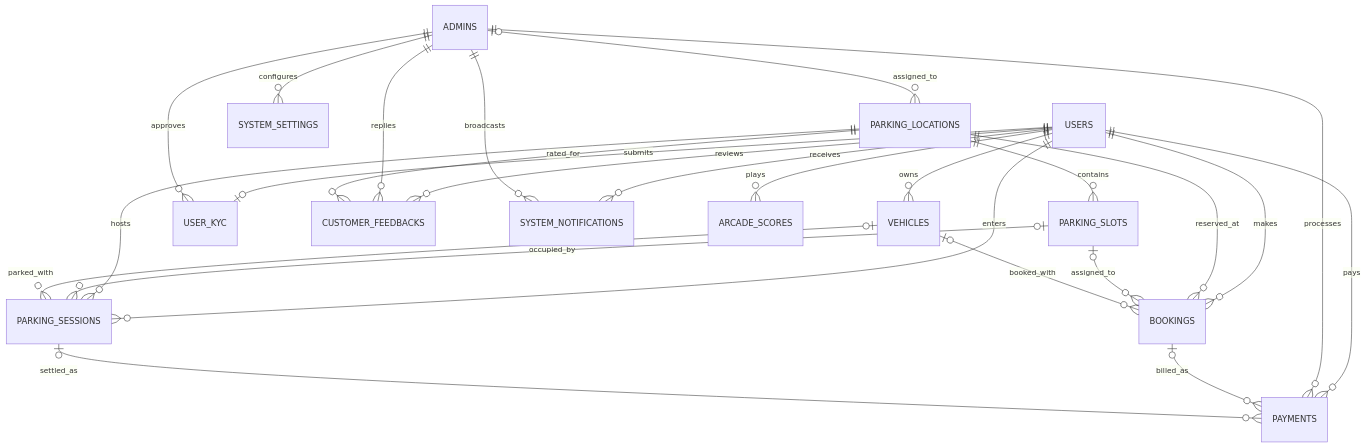
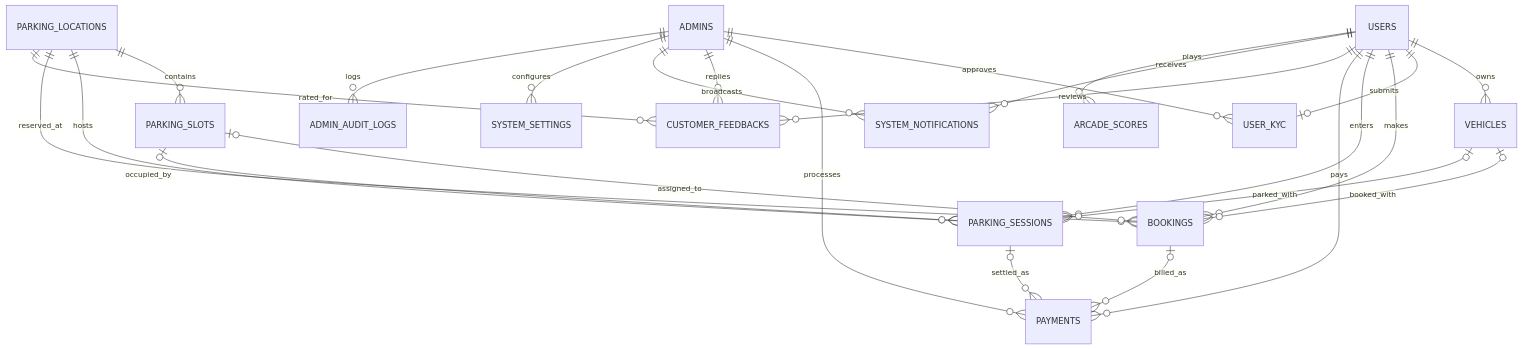
The diagram in RAT.md (nanditosetyawan/ParkSmart), drawn with Mermaid before and after one commit. The commit also changed other lines of this file and 4 other files, not shown here.

````diff
--- a/RAT.md
+++ b/RAT.md
@@ -297,32 +303,32 @@
 ```mermaid
 erDiagram
     USERS ||--o{ VEHICLES : "owns"
     USERS ||--o| USER_KYC : "submits"
     USERS ||--o{ BOOKINGS : "makes"
     USERS ||--o{ PARKING_SESSIONS : "enters"
     USERS ||--o{ PAYMENTS : "pays"
     USERS ||--o{ CUSTOMER_FEEDBACKS : "reviews"
     USERS ||--o{ SYSTEM_NOTIFICATIONS : "receives"
     USERS ||--o{ ARCADE_SCORES : "plays"
 
     ADMINS ||--o{ USER_KYC : "approves"
     ADMINS ||--o{ PAYMENTS : "processes"
     ADMINS ||--o{ CUSTOMER_FEEDBACKS : "replies"
     ADMINS ||--o{ SYSTEM_NOTIFICATIONS : "broadcasts"
     ADMINS ||--o{ SYSTEM_SETTINGS : "configures"
-    ADMINS |o--o{ PARKING_LOCATIONS : "assigned_to"
+    ADMINS ||--o{ ADMIN_AUDIT_LOGS : "logs"
 
     PARKING_LOCATIONS ||--o{ PARKING_SLOTS : "contains"
     PARKING_LOCATIONS ||--o{ PARKING_SESSIONS : "hosts"
     PARKING_LOCATIONS ||--o{ BOOKINGS : "reserved_at"
     PARKING_LOCATIONS ||--o{ CUSTOMER_FEEDBACKS : "rated_for"
 
     PARKING_SLOTS |o--o{ BOOKINGS : "assigned_to"
     PARKING_SLOTS |o--o{ PARKING_SESSIONS : "occupied_by"
 
     VEHICLES |o--o{ BOOKINGS : "booked_with"
     VEHICLES |o--o{ PARKING_SESSIONS : "parked_with"
 
     BOOKINGS |o--o{ PAYMENTS : "billed_as"
     PARKING_SESSIONS |o--o{ PAYMENTS : "settled_as"
 ```
````
